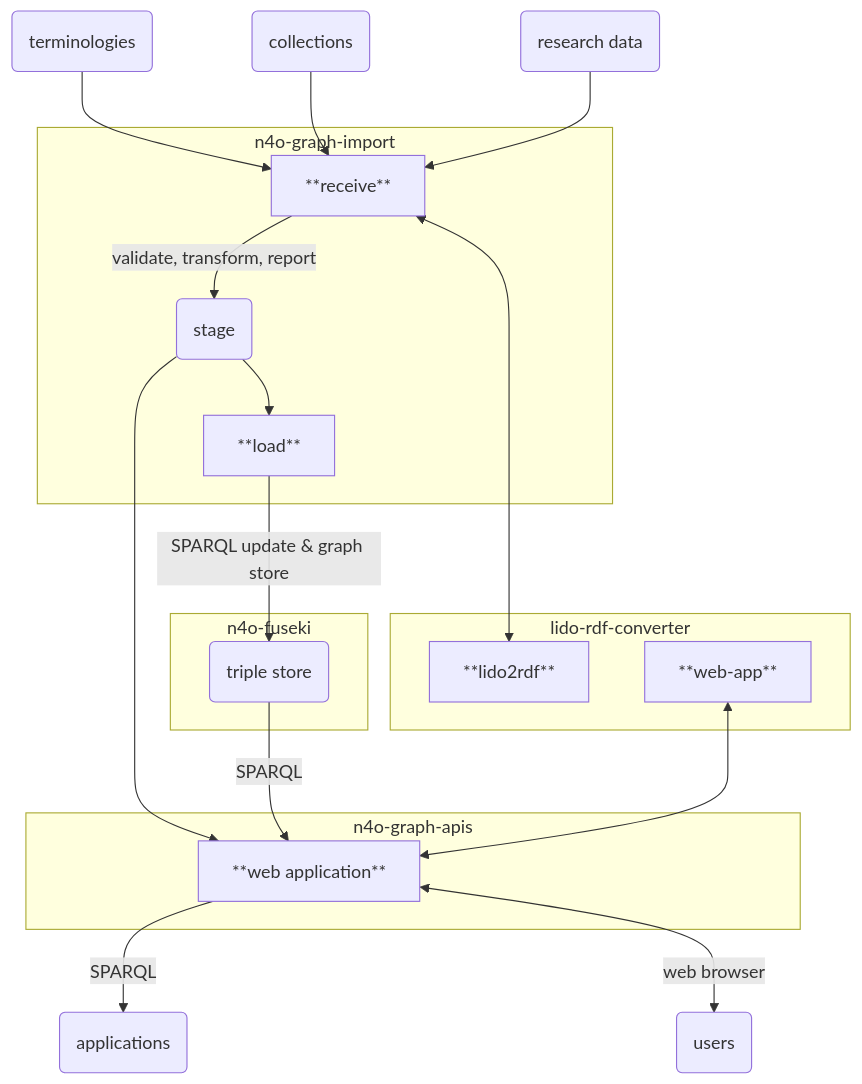
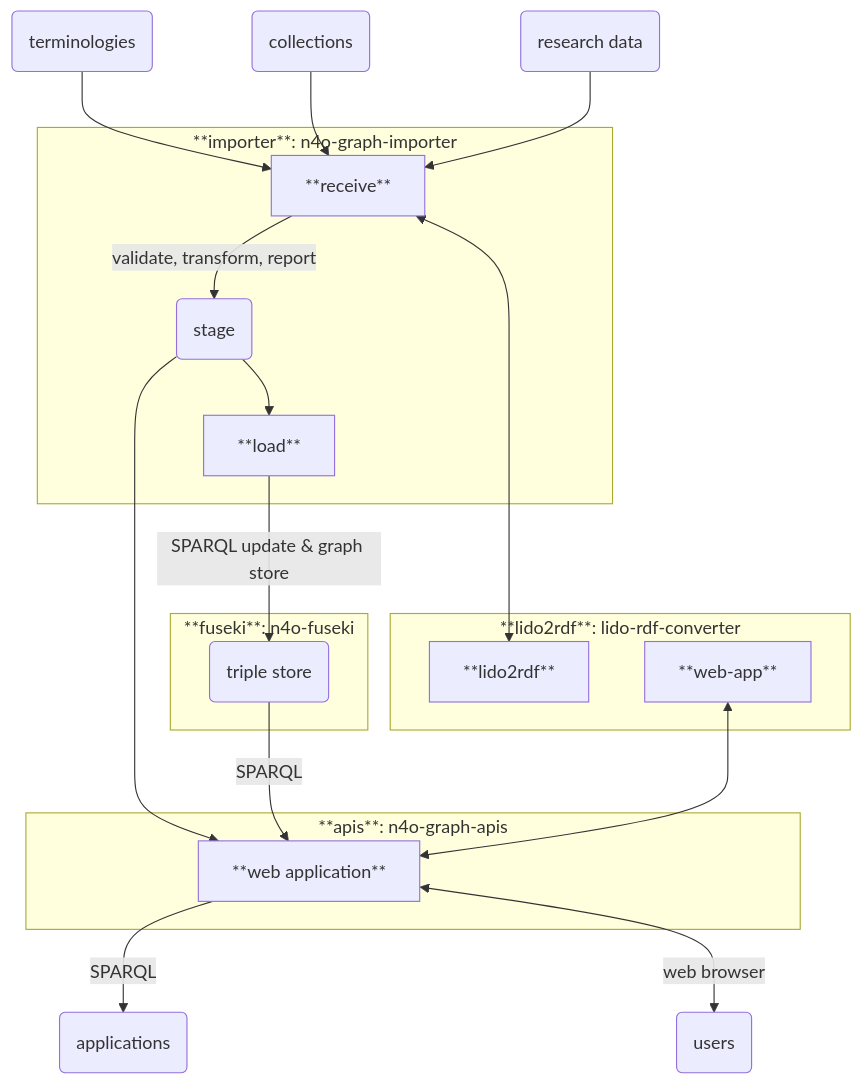
The diagram in README.md (nfdi4objects/n4o-graph-importer), drawn with Mermaid before and after one commit.

Commit message:
Update data flow diagram

````diff
--- a/README.md
+++ b/README.md
@@ -15,35 +15,35 @@
 ```mermaid
 graph TD
     terminologies(terminologies) --> receive
     collections(collections) --> receive
     data(research data) --> receive
     stage(stage)
 
-    subgraph n4o-graph-import
+    subgraph "**importer**: n4o-graph-importer"
         receive[**receive**]
         receive -- validate, transform, report --> stage
         stage --> load
         load[**load**]
     end
-    subgraph n4o-fuseki
+    subgraph "**fuseki**: n4o-fuseki"
         kg(triple store)
     end
-    subgraph n4o-graph-apis
+    subgraph "**apis**: n4o-graph-apis"
         ui[**web application**]
     end
-    subgraph lido-rdf-converter
+    subgraph "**lido2rdf**: lido-rdf-converter"
         lido2rdf[**lido2rdf**]
         web-app[**web-app**]
     end
 
     stage --> ui
     kg -- SPARQL --> ui
     ui -- SPARQL --> apps(applications)
 
     receive <--> lido2rdf
     load -- SPARQL update & graph store --> kg
 
     web-app <--> ui
 
     ui <--web browser--> users(users)
 ```
````
